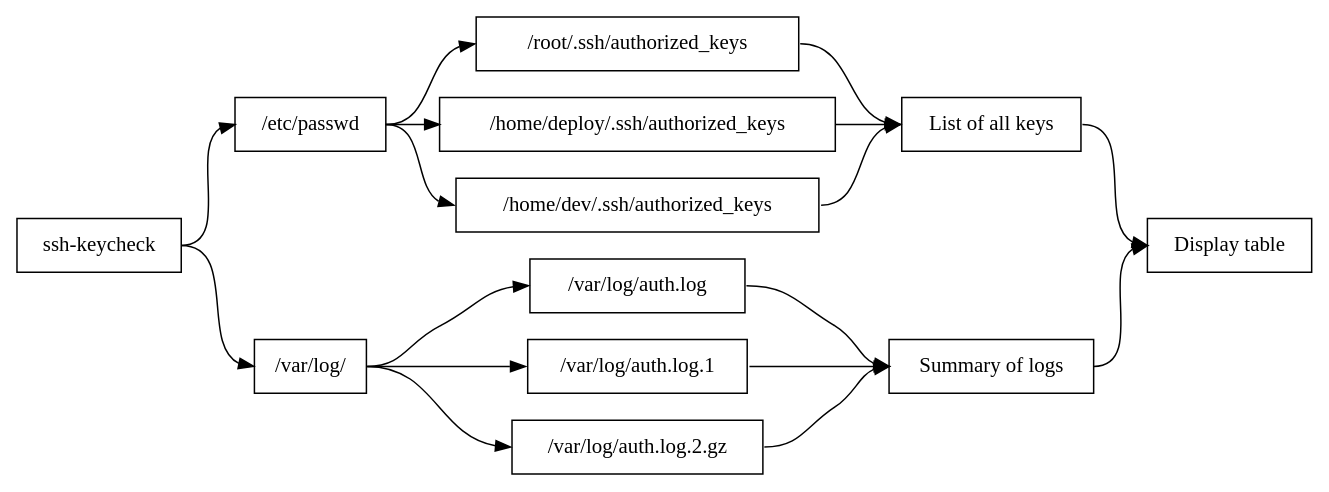
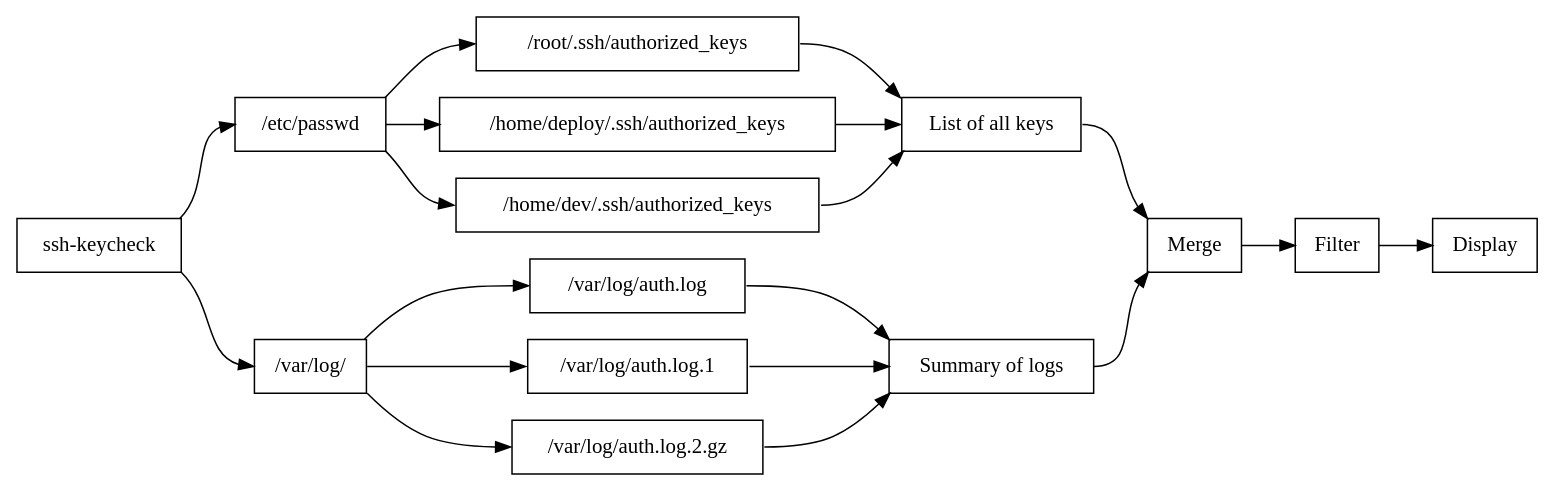
Before and after one commit to syxolk/ssh-keycheck: the diagram in docs/execution.dot, drawn with Graphviz. The commit also changed 4 other files, not shown here.

First line of the commit message:
Improve execution graph (fix #5)

```diff
--- a/docs/execution.dot
+++ b/docs/execution.dot
@@ -1,23 +1,39 @@
 digraph execution {
     rankdir="LR";
 
     node [shape="box"];
 
     start [label="ssh-keycheck"];
     passwd [label="/etc/passwd" group=g1];
     keys1 [label="/root/.ssh/authorized_keys" width=3];
     keys2 [label="/home/deploy/.ssh/authorized_keys" width=3 group=g1];
     keys3 [label="/home/dev/.ssh/authorized_keys" width=3];
     logs [label="/var/log/" group=g2];
     authlog1 [label="/var/log/auth.log" width=2];
     authlog2 [label="/var/log/auth.log.1" width=2 group=g2];
     authlog3 [label="/var/log/auth.log.2.gz" width=2];
     keylist [label="List of all keys" group=g1];
     mergelogs [label="Summary of logs" group=g2];
-    display [label="Display table"];
+    merge [label="Merge"];
+    filter [label="Filter"];
+    display [label="Display"];
 
-    start -> {passwd, logs} [headport=w tailport=e];
-    passwd -> {keys1, keys2, keys3} -> keylist [headport=w tailport=e];
-    logs -> {authlog1, authlog2, authlog3} -> mergelogs [headport=w tailport=e];
-    {keylist, mergelogs} -> display [headport=w tailport=e];
+    start:ne -> passwd:w;
+    start:se -> logs:w;
+    passwd:ne -> keys1:w;
+    passwd:e -> keys2:w;
+    passwd:se -> keys3:w;
+    keys1:e -> keylist:nw;
+    keys2:e -> keylist:w;
+    keys3:e -> keylist:sw;
+    logs:ne -> authlog1:w;
+    logs:e -> authlog2:w;
+    logs:se -> authlog3:w;
+    authlog1:e -> mergelogs:nw;
+    authlog2:e -> mergelogs:w;
+    authlog3:e -> mergelogs:sw;
+    keylist:e -> merge:nw;
+    mergelogs:e -> merge:sw;
+    merge -> filter;
+    filter -> display;
 }
```
